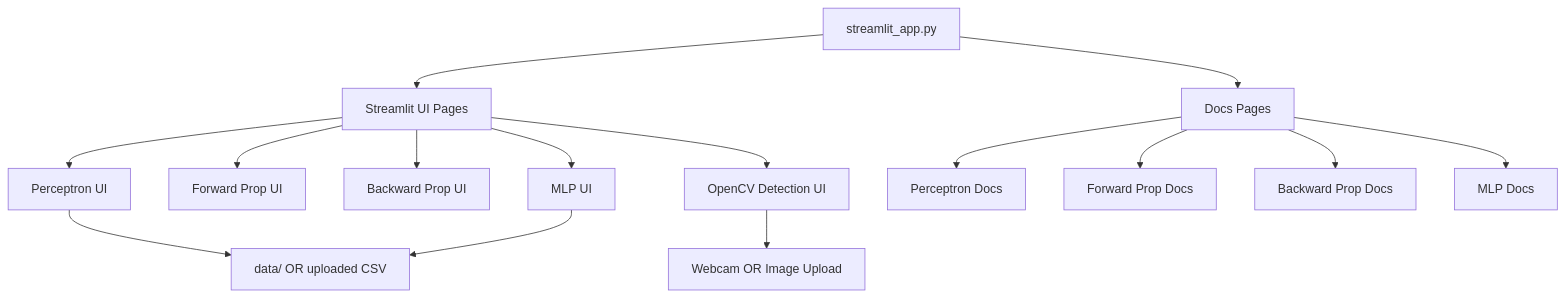
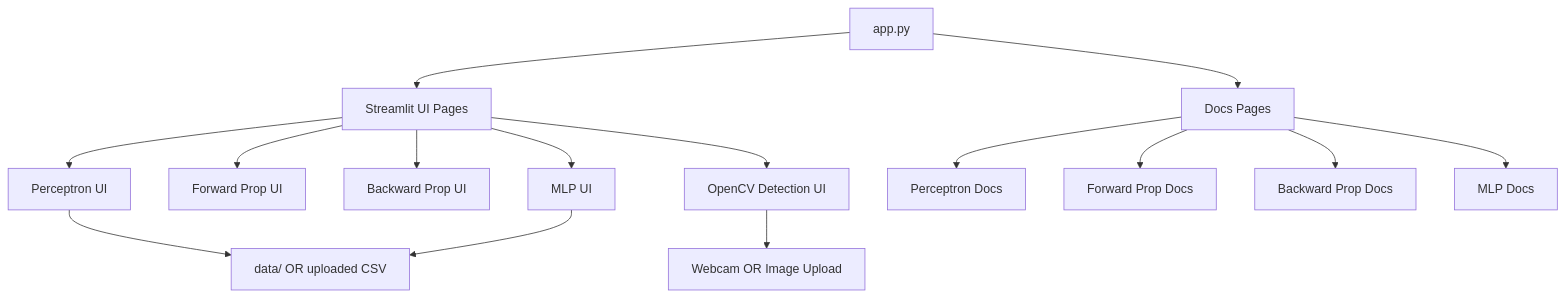
Before and after one commit to Prateekkp/nn_toolbox: the first of 2 diagrams in README.md, drawn with Mermaid. The commit also changed other lines of this file, not shown here.

````diff
--- a/README.md
+++ b/README.md
@@ -126,17 +103,17 @@
 ```mermaid
 flowchart TB
-    A[streamlit_app.py] --> B[Streamlit UI Pages]
+    A[app.py] --> B[Streamlit UI Pages]
     B --> C[Perceptron UI]
     B --> D[Forward Prop UI]
     B --> E[Backward Prop UI]
     B --> F[MLP UI]
     B --> G[OpenCV Detection UI]
     A --> H[Docs Pages]
     H --> I[Perceptron Docs]
     H --> J[Forward Prop Docs]
     H --> K[Backward Prop Docs]
     H --> L[MLP Docs]
     C --> M[data/ OR uploaded CSV]
     F --> M
     G --> N[Webcam OR Image Upload]
 ```
````
